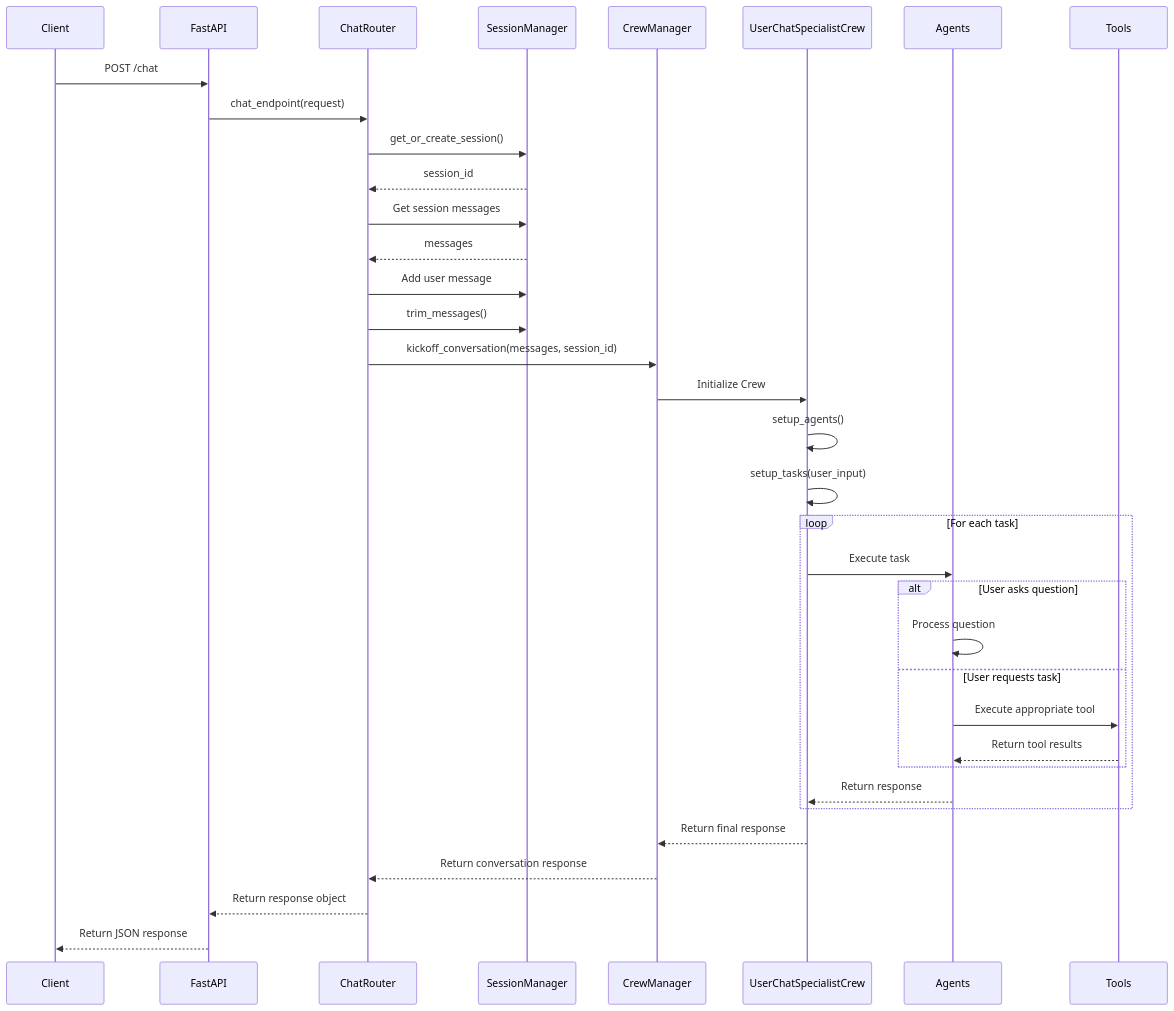
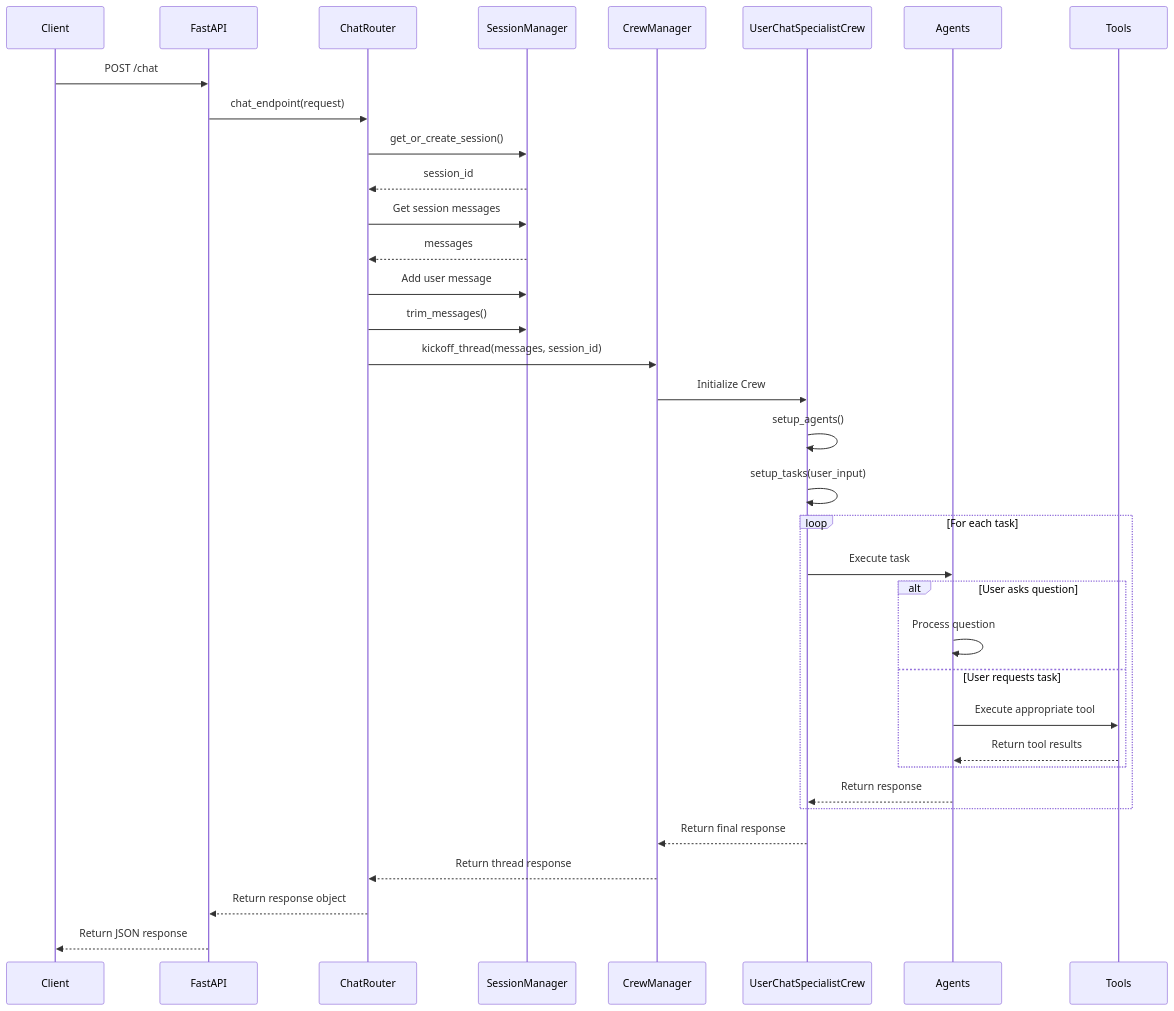
The diagram in docs/chat_flow.md (aibtcdev/aibtcdev-backend), drawn with Mermaid before and after one commit. The commit also changed 21 other files, not shown here.

````diff
--- a/docs/chat_flow.md
+++ b/docs/chat_flow.md
@@ -3,47 +3,47 @@
 ```mermaid
 sequenceDiagram
     participant Client
     participant FastAPI
     participant ChatRouter
     participant SessionManager
     participant CrewManager
     participant UserChatSpecialistCrew
     participant Agents
     participant Tools
 
     Client->>FastAPI: POST /chat
     FastAPI->>ChatRouter: chat_endpoint(request)
     ChatRouter->>SessionManager: get_or_create_session()
     SessionManager-->>ChatRouter: session_id
     
     ChatRouter->>SessionManager: Get session messages
     SessionManager-->>ChatRouter: messages
 
     ChatRouter->>SessionManager: Add user message
     ChatRouter->>SessionManager: trim_messages()
     
-    ChatRouter->>CrewManager: kickoff_conversation(messages, session_id)
+    ChatRouter->>CrewManager: kickoff_thread(messages, session_id)
     
     CrewManager->>UserChatSpecialistCrew: Initialize Crew
     UserChatSpecialistCrew->>UserChatSpecialistCrew: setup_agents()
     UserChatSpecialistCrew->>UserChatSpecialistCrew: setup_tasks(user_input)
     
     loop For each task
         UserChatSpecialistCrew->>Agents: Execute task
         
         alt User asks question
             Agents->>Agents: Process question
         else User requests task
             Agents->>Tools: Execute appropriate tool
             Tools-->>Agents: Return tool results
         end
         
         Agents-->>UserChatSpecialistCrew: Return response
     end
 
     UserChatSpecialistCrew-->>CrewManager: Return final response
-    CrewManager-->>ChatRouter: Return conversation response
+    CrewManager-->>ChatRouter: Return thread response
     ChatRouter-->>FastAPI: Return response object
     FastAPI-->>Client: Return JSON response
 
 ```
````
